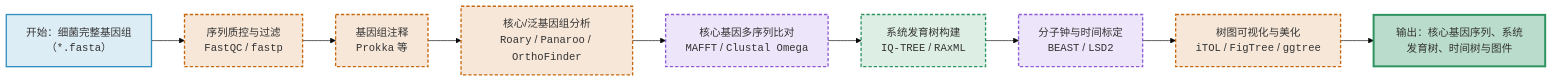
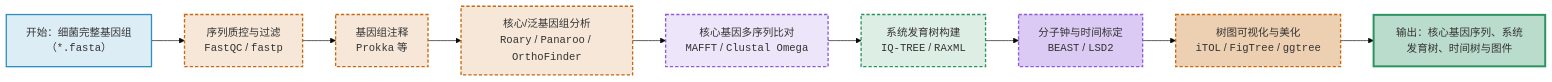
The second of 2 diagrams in docs/blog/snp-evo-note.md (Lucas04-nhr/lucas04-nhr.github.io), drawn with Mermaid (base theme) before and after one commit. The commit also changed other lines of this file, not shown here.

````diff
--- a/docs/blog/snp-evo-note.md
+++ b/docs/blog/snp-evo-note.md
@@ -177,39 +177,39 @@
 ```mermaid
 flowchart LR
 
     %% ===== 核心流程节点 =====
     Start[开始：细菌完整基因组<br/>（<code>*.fasta</code>）]
 
     QC[序列质控与过滤<br/><code>FastQC</code> / <code>fastp</code>]
 
     Annotate[基因组注释<br/><code>Prokka</code> 等]
 
     CoreGene[核心/泛基因组分析<br/><code>Roary</code> / <code>Panaroo</code> / <code>OrthoFinder</code>]
 
     Align[核心基因多序列比对<br/><code>MAFFT</code> / <code>Clustal Omega</code>]
 
     PhyloTree[系统发育树构建<br/><code>IQ-TREE</code> / <code>RAxML</code>]
 
     MolClock[分子钟与时间标定<br/><code>BEAST</code> / <code>LSD2</code>]
 
     Visualize[树图可视化与美化<br/><code>iTOL</code> / <code>FigTree</code> / <code>ggtree</code>]
 
     Output[输出：核心基因序列、系统发育树、时间树与图件]
 
     %% ===== 流程连线 =====
     Start --> QC --> Annotate --> CoreGene --> Align --> PhyloTree --> MolClock --> Visualize --> Output
 
     %% ===== 颜色与样式（与示例配色相似） =====
     style Start fill:#2f8fbf29,stroke:#2f8fbf,stroke-width:2px
     style QC fill:#c8690f29,stroke:#c8690f,stroke-width:2px
     style Annotate fill:#c8690f29,stroke:#c8690f,stroke-width:2px
     style CoreGene fill:#c8690f29,stroke:#c8690f,stroke-width:2px
     style Align fill:#8e5cd929,stroke:#8e5cd9,stroke-width:2px
     style PhyloTree fill:#2b946029,stroke:#2b9460,stroke-width:2px
-    style MolClock fill:#8e5cd929,stroke:#8e5cd9,stroke-width:2px
-    style Visualize fill:#c8690f29,stroke:#c8690f,stroke-width:2px
+    style MolClock fill:#8e5cd952,stroke:#8e5cd9,stroke-width:2px
+    style Visualize fill:#c8690f52,stroke:#c8690f,stroke-width:2px
     style Output fill:#2b946052,stroke:#2b9460,stroke-width:3px
 
     classDef software fill:#c8690f29,stroke:#c8690f,stroke-width:2px,stroke-dasharray:5 3
     class QC,Annotate,CoreGene,Align,PhyloTree,MolClock,Visualize software
 ```
````
